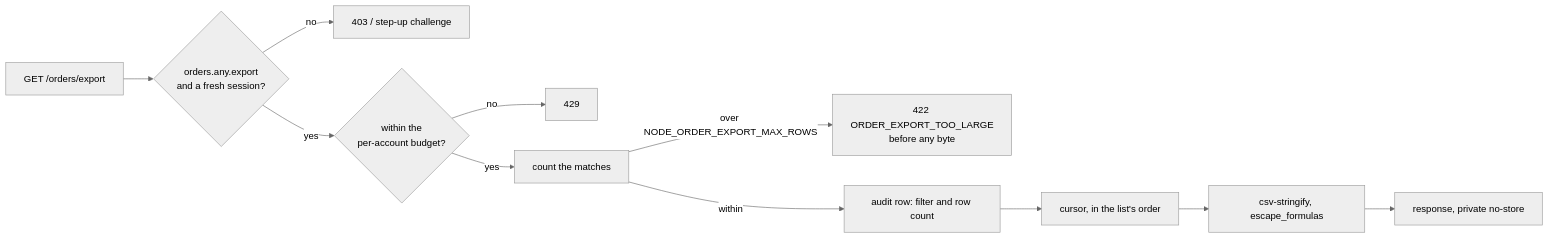
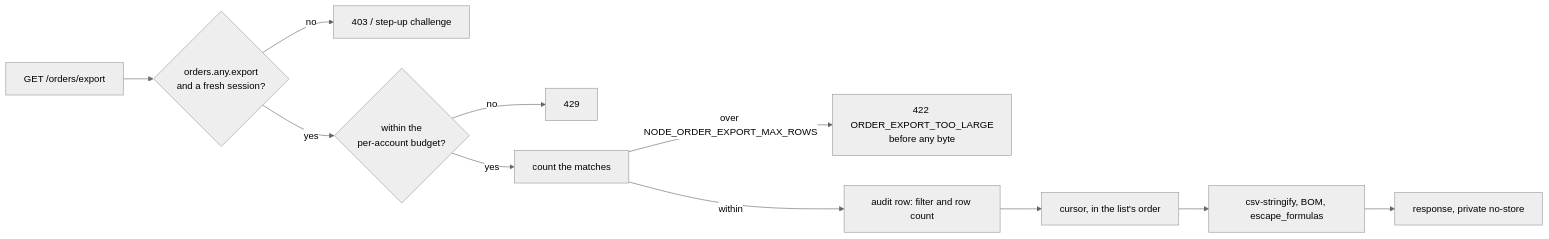
One commit to Guebbit/boilerplate-node-backend changed the fifth of 7 diagrams in docs/modules/orders.md. Above: the diagram before and after it, drawn with Mermaid (neutral theme). The commit also changed other lines of this file and 9 other files, not shown here.

First line of the commit message:
feat(orders): write the preorder and born-held rows on the order timeline

````diff
--- a/docs/modules/orders.md
+++ b/docs/modules/orders.md
@@ -421,13 +422,13 @@
 ```mermaid
 flowchart LR
     R[GET /orders/export] --> K{orders.any.export<br/>and a fresh session?}
     K -- no --> X[403 / step-up challenge]
     K -- yes --> L{within the<br/>per-account budget?}
     L -- no --> T[429]
     L -- yes --> C[count the matches]
     C -- over NODE_ORDER_EXPORT_MAX_ROWS --> U[422 ORDER_EXPORT_TOO_LARGE<br/>before any byte]
     C -- within --> A[audit row: filter and row count]
     A --> S[cursor, in the list's order]
-    S --> W[csv-stringify, escape_formulas]
+    S --> W[csv-stringify, BOM, escape_formulas]
     W --> P[response, private no-store]
 ```
````
